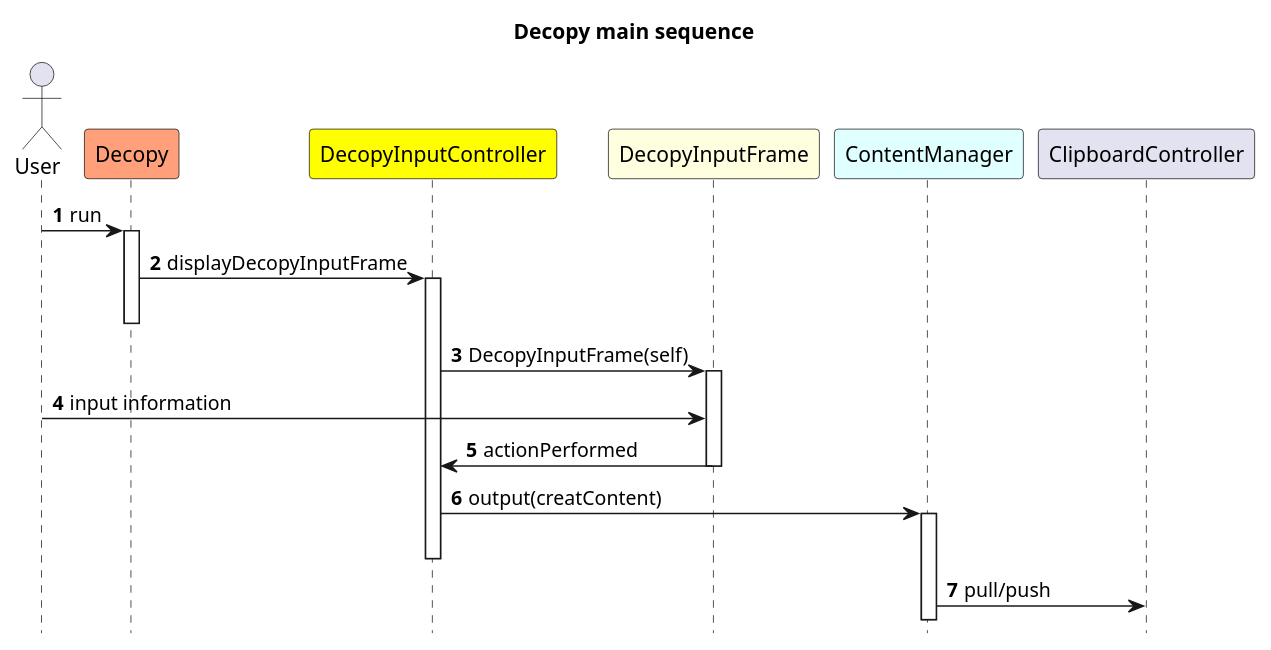
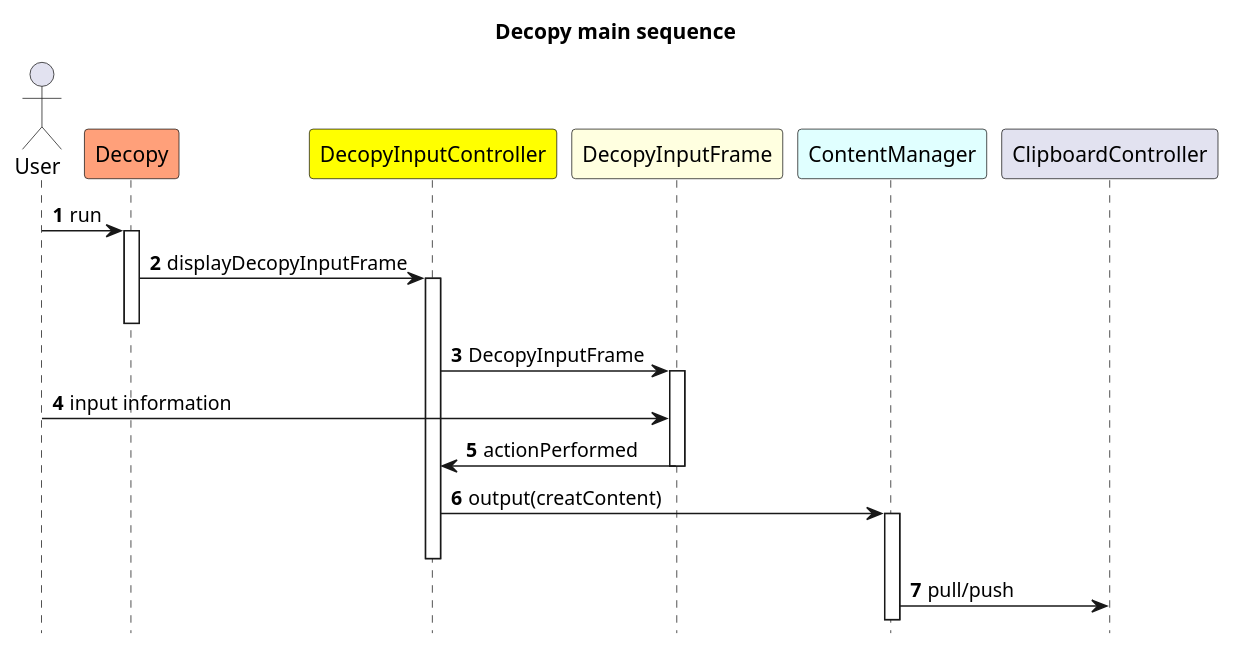
One commit to ryokow/Decopy changed the diagram in design/sequence.pu. Above: the diagram before and after it, drawn with PlantUML. The commit also changed 4 other files, not shown here.

Commit message:
Update: UML diagram

```diff
--- a/design/sequence.pu
+++ b/design/sequence.pu
@@ -1,29 +1,29 @@
 @startuml Decopy
 
 title Decopy main sequence
 hide footbox
 autonumber
 
 actor User as u
 participant Decopy as d #LightSalmon
 participant DecopyInputController as dic #Yellow
 participant DecopyInputFrame as dif #LightYellow
 participant ContentManager as cm #LightCyan
 participant ClipboardController as cbc
 
 u -> d: run
 activate d
 d -> dic: displayDecopyInputFrame
 activate dic
 deactivate d
-dic -> dif: DecopyInputFrame(self)
+dic -> dif: DecopyInputFrame
 activate dif
 u -> dif: input information
 dif -> dic: actionPerformed
 deactivate dif
 dic -> cm: output(creatContent)
 activate cm
 deactivate dic
 cm -> cbc: pull/push
 
 @enduml
```
